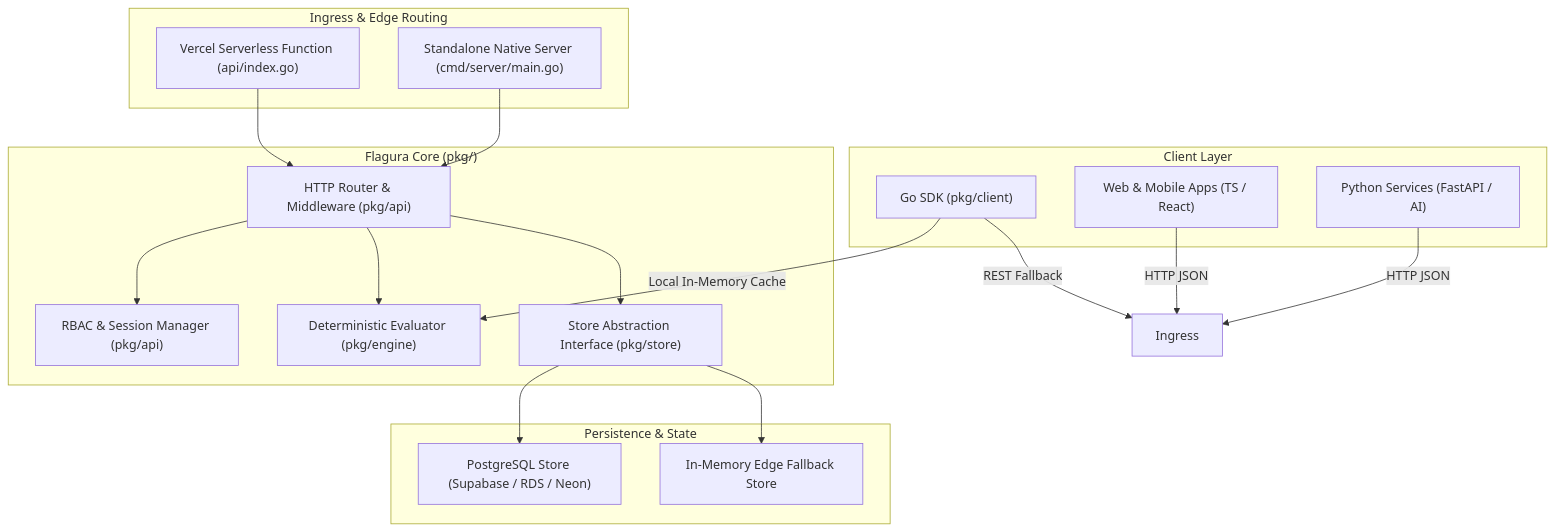
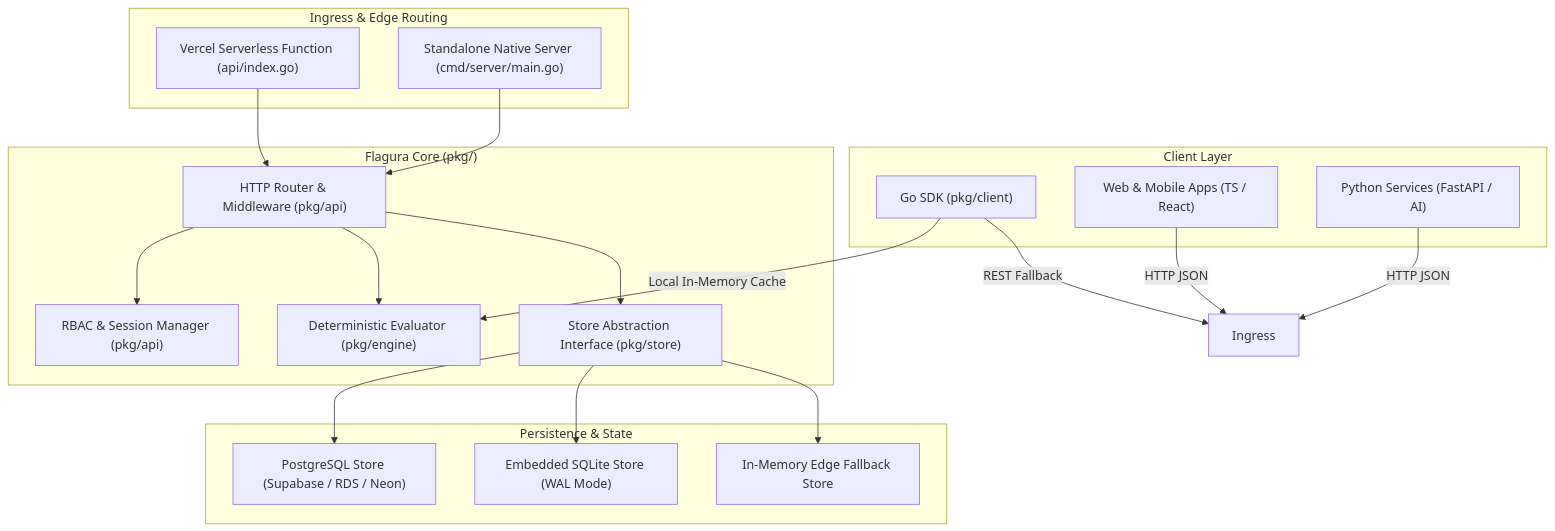
The first of 3 diagrams in docs/architecture/system-design.md (dhawalhost/flagura), drawn with Mermaid before and after one commit. The commit also changed other lines of this file and 1 other file, not shown here.

Commit message:
feat: implement embedded SQLite storage support and update system architecture documentation

````diff
--- a/docs/architecture/system-design.md
+++ b/docs/architecture/system-design.md
@@ -9,40 +9,42 @@
 ```mermaid
 graph TB
     subgraph Clients["Client Layer"]
         GoClient["Go SDK (pkg/client)"]
         WebApps["Web & Mobile Apps (TS / React)"]
         PyClient["Python Services (FastAPI / AI)"]
     end
 
     subgraph EdgeLayer["Ingress & Edge Routing"]
         VercelEdge["Vercel Serverless Function (api/index.go)"]
         NativeServer["Standalone Native Server (cmd/server/main.go)"]
     end
 
     subgraph CoreEngine["Flagura Core (pkg/)"]
         Router["HTTP Router & Middleware (pkg/api)"]
         AuthModule["RBAC & Session Manager (pkg/api)"]
         EvalEngine["Deterministic Evaluator (pkg/engine)"]
         StoreInterface["Store Abstraction Interface (pkg/store)"]
     end
 
     subgraph StorageLayer["Persistence & State"]
         PGStore["PostgreSQL Store (Supabase / RDS / Neon)"]
+        SQLiteStore["Embedded SQLite Store (WAL Mode)"]
         MemStore["In-Memory Edge Fallback Store"]
     end
 
     GoClient -->|Local In-Memory Cache| EvalEngine
     GoClient -->|REST Fallback| Ingress
     WebApps -->|HTTP JSON| Ingress
     PyClient -->|HTTP JSON| Ingress
 
     VercelEdge --> Router
     NativeServer --> Router
 
     Router --> AuthModule
     Router --> EvalEngine
     Router --> StoreInterface
 
     StoreInterface --> PGStore
+    StoreInterface --> SQLiteStore
     StoreInterface --> MemStore
 ```
````
